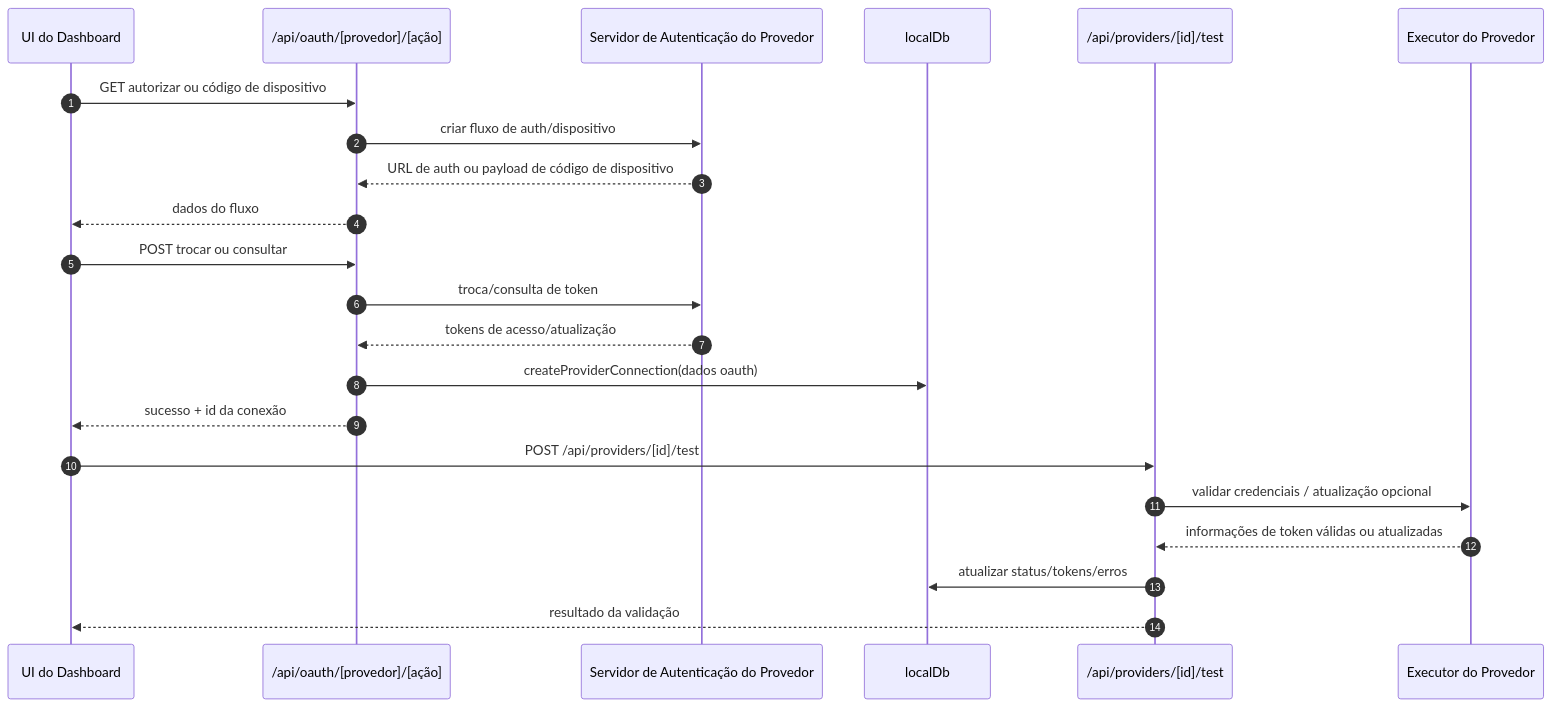
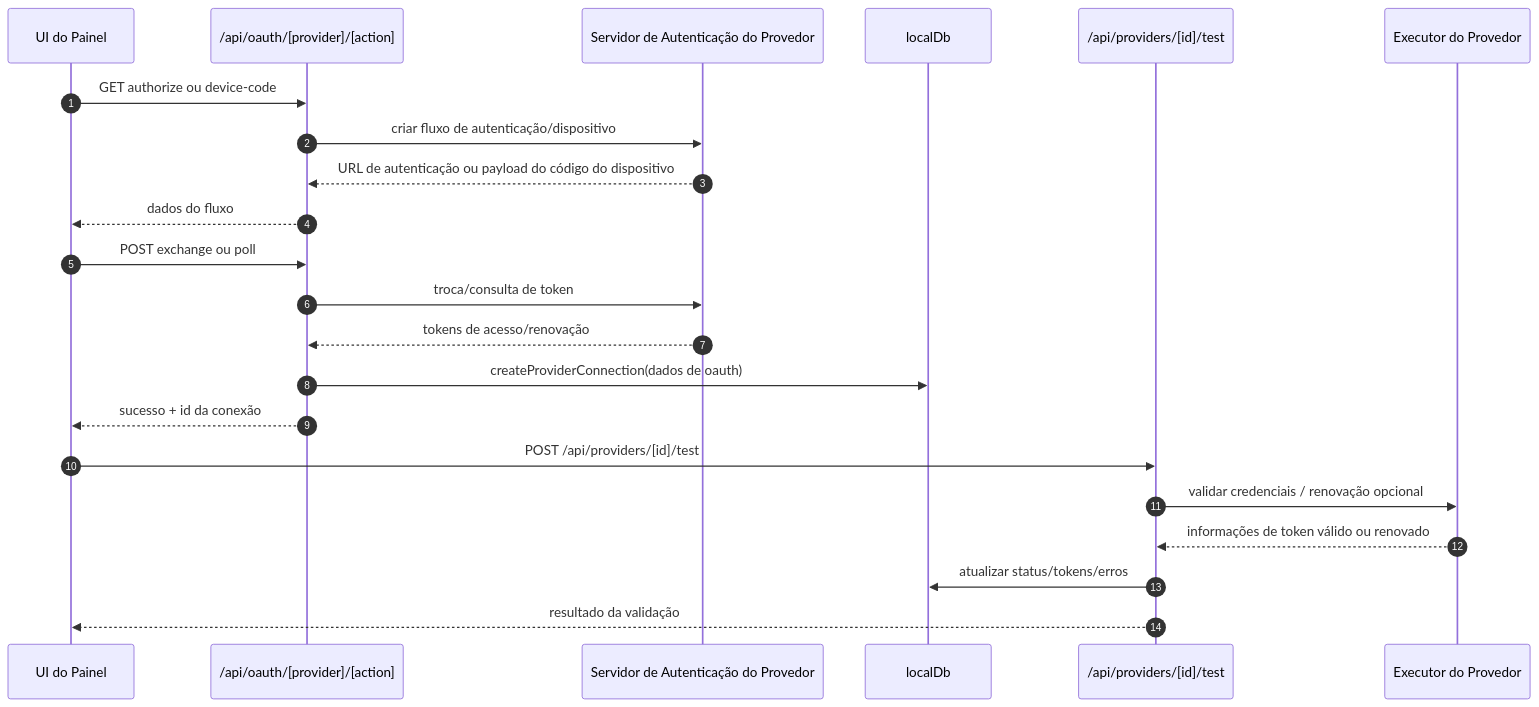
Before and after one commit to Abhijeet1520/OmniRoute: the fourth of 7 diagrams in docs/i18n/pt-BR/docs/architecture/ARCHITECTURE.md, drawn with Mermaid. The commit also changed other lines of this file and 1154 other files, not shown here.

````diff
--- a/docs/i18n/pt-BR/docs/architecture/ARCHITECTURE.md
+++ b/docs/i18n/pt-BR/docs/architecture/ARCHITECTURE.md
@@ -614,27 +639,27 @@
 ```mermaid
 sequenceDiagram
     autonumber
-    participant UI as UI do Dashboard
-    participant OAuth as /api/oauth/[provedor]/[ação]
+    participant UI as UI do Painel
+    participant OAuth as /api/oauth/[provider]/[action]
     participant ProvAuth as Servidor de Autenticação do Provedor
     participant DB as localDb
     participant Test as /api/providers/[id]/test
     participant Exec as Executor do Provedor
 
-    UI->>OAuth: GET autorizar ou código de dispositivo
-    OAuth->>ProvAuth: criar fluxo de auth/dispositivo
-    ProvAuth-->>OAuth: URL de auth ou payload de código de dispositivo
+    UI->>OAuth: GET authorize ou device-code
+    OAuth->>ProvAuth: criar fluxo de autenticação/dispositivo
+    ProvAuth-->>OAuth: URL de autenticação ou payload do código do dispositivo
     OAuth-->>UI: dados do fluxo
 
-    UI->>OAuth: POST trocar ou consultar
+    UI->>OAuth: POST exchange ou poll
     OAuth->>ProvAuth: troca/consulta de token
-    ProvAuth-->>OAuth: tokens de acesso/atualização
-    OAuth->>DB: createProviderConnection(dados oauth)
+    ProvAuth-->>OAuth: tokens de acesso/renovação
+    OAuth->>DB: createProviderConnection(dados de oauth)
     OAuth-->>UI: sucesso + id da conexão
 
     UI->>Test: POST /api/providers/[id]/test
-    Test->>Exec: validar credenciais / atualização opcional
-    Exec-->>Test: informações de token válidas ou atualizadas
+    Test->>Exec: validar credenciais / renovação opcional
+    Exec-->>Test: informações de token válido ou renovado
     Test->>DB: atualizar status/tokens/erros
     Test-->>UI: resultado da validação
 ```
````
